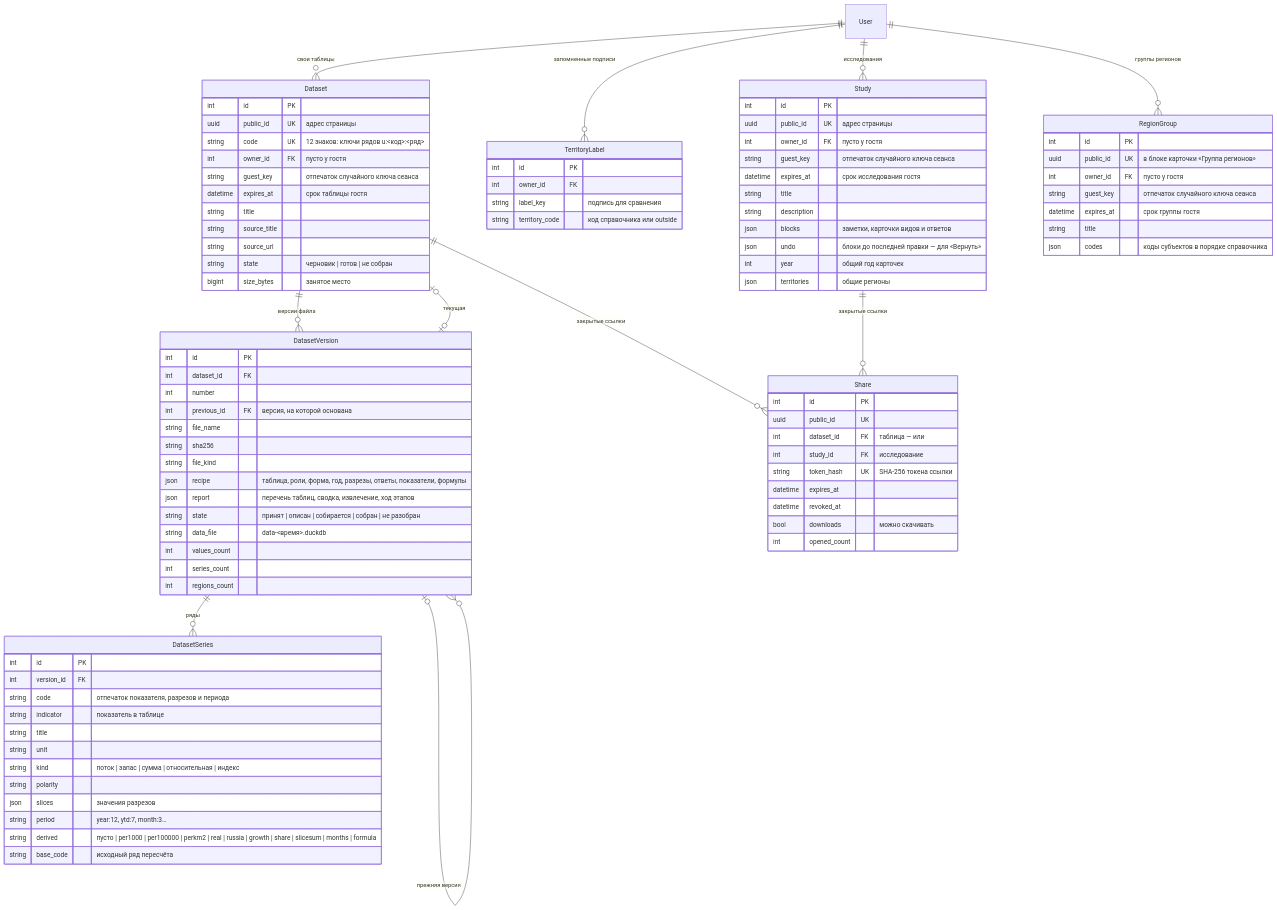
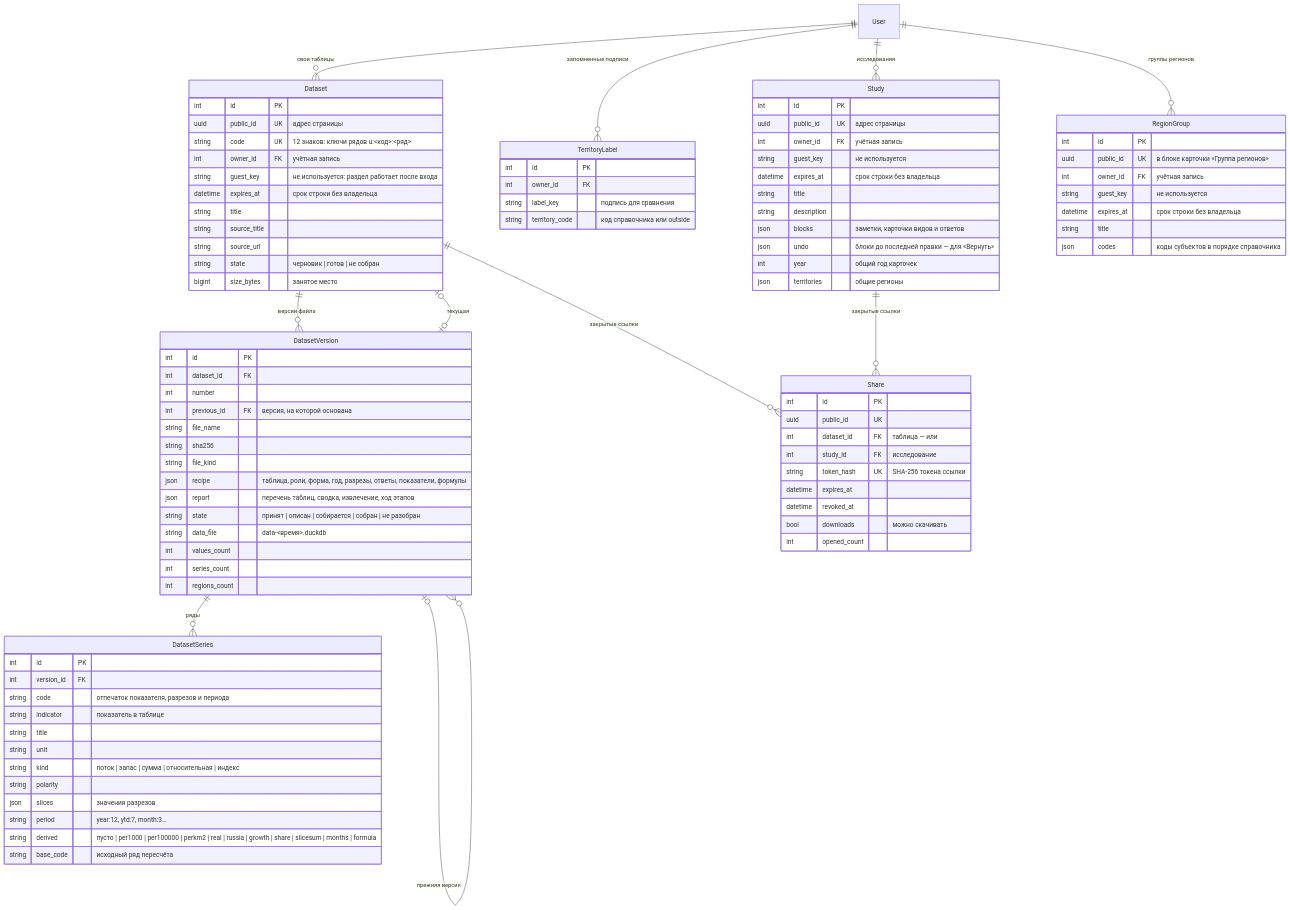
Before and after one commit to ht2473/RegionLens_v2: the third of 4 diagrams in docs/DATA_MODEL.md, drawn with Mermaid. The commit also changed other lines of this file and 3 other files, not shown here.

```diff
--- a/docs/DATA_MODEL.md
+++ b/docs/DATA_MODEL.md
@@ -202,9 +202,9 @@
         int id PK
         uuid public_id UK "адрес страницы"
         string code UK "12 знаков: ключи рядов u:<код>:<ряд>"
-        int owner_id FK "пусто у гостя"
-        string guest_key "отпечаток случайного ключа сеанса"
-        datetime expires_at "срок таблицы гостя"
+        int owner_id FK "учётная запись"
+        string guest_key "не используется: раздел работает после входа"
+        datetime expires_at "срок строки без владельца"
         string title
         string source_title
         string source_url
@@ -250,9 +250,9 @@
     Study {
         int id PK
         uuid public_id UK "адрес страницы"
-        int owner_id FK "пусто у гостя"
-        string guest_key "отпечаток случайного ключа сеанса"
-        datetime expires_at "срок исследования гостя"
+        int owner_id FK "учётная запись"
+        string guest_key "не используется"
+        datetime expires_at "срок строки без владельца"
         string title
         string description
         json blocks "заметки, карточки видов и ответов"
@@ -263,9 +263,9 @@
     RegionGroup {
         int id PK
         uuid public_id UK "в блоке карточки «Группа регионов»"
-        int owner_id FK "пусто у гостя"
-        string guest_key "отпечаток случайного ключа сеанса"
-        datetime expires_at "срок группы гостя"
+        int owner_id FK "учётная запись"
+        string guest_key "не используется"
+        datetime expires_at "срок строки без владельца"
         string title
         json codes "коды субъектов в порядке справочника"
     }
```
